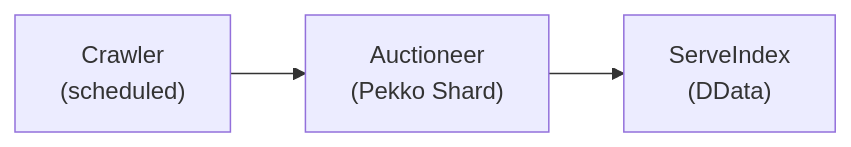
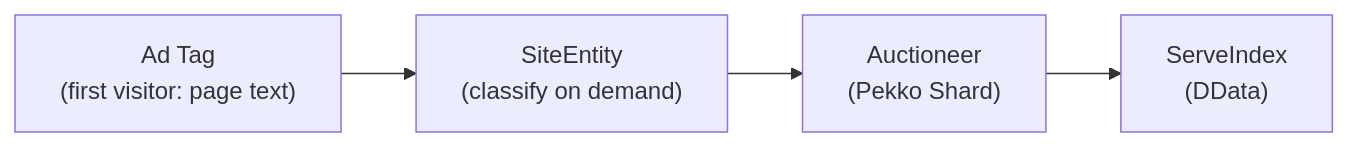
Before and after one commit to promovolve/promovolve-book: the second of 3 diagrams in src/comparison/vs-traditional.md, drawn with Mermaid. The commit also changed other lines of this file and 24 other files, not shown here.

````diff
--- a/src/comparison/vs-traditional.md
+++ b/src/comparison/vs-traditional.md
@@ -24,5 +24,6 @@
 ```mermaid
 graph LR
-    Crawler["Crawler<br/>(scheduled)"] --> Auctioneer["Auctioneer<br/>(Pekko Shard)"]
+    AdTag["Ad Tag<br/>(first visitor: page text)"] --> Site["SiteEntity<br/>(classify on demand)"]
+    Site --> Auctioneer["Auctioneer<br/>(Pekko Shard)"]
     Auctioneer --> ServeIndex["ServeIndex<br/>(DData)"]
 ```
````
